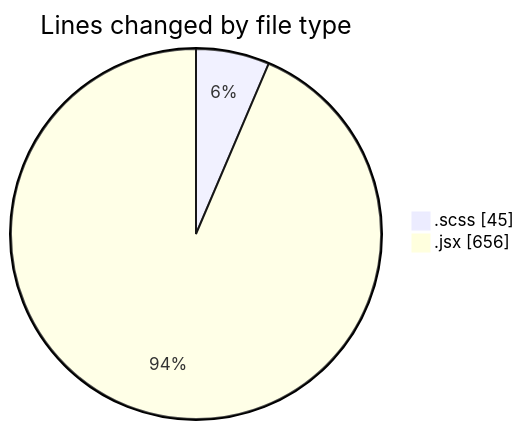
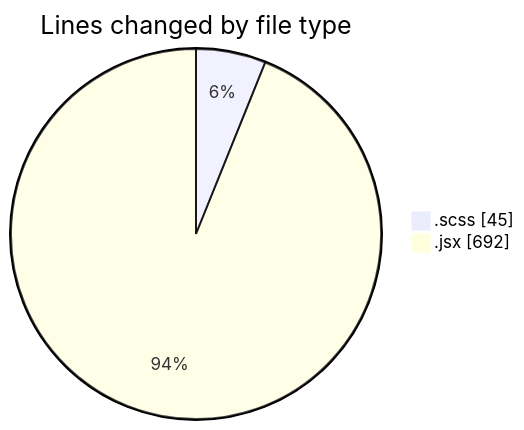
One commit to momahboobian/code-tracking changed the first of 2 diagrams in 2025-06-03/cda/README.md. Above: the diagram before and after it, drawn with Mermaid. The commit also changed other lines of this file and 1 other file, not shown here.

````diff
--- a/2025-06-03/cda/README.md
+++ b/2025-06-03/cda/README.md
@@ -22,6 +22,6 @@
 ```mermaid
 pie showData
 title Lines changed by file type
 ".scss" : 45
-".jsx" : 656
+".jsx" : 692
 ```
````
